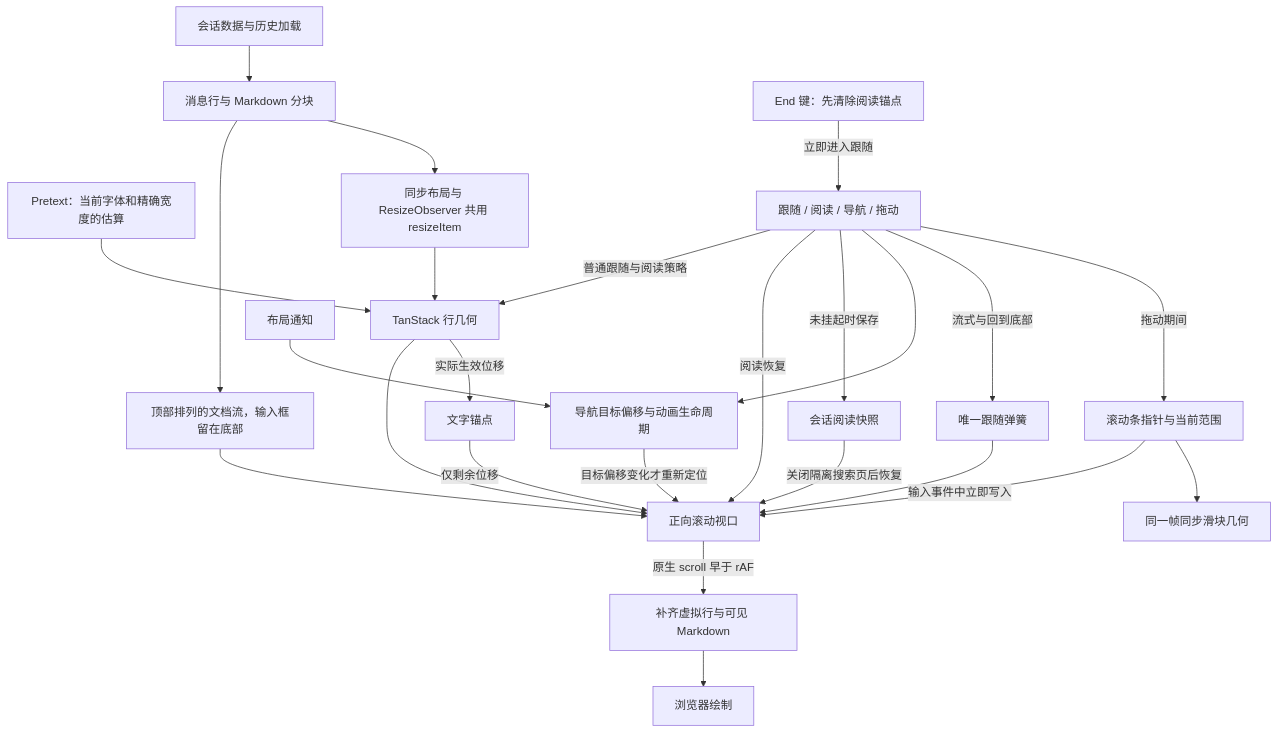
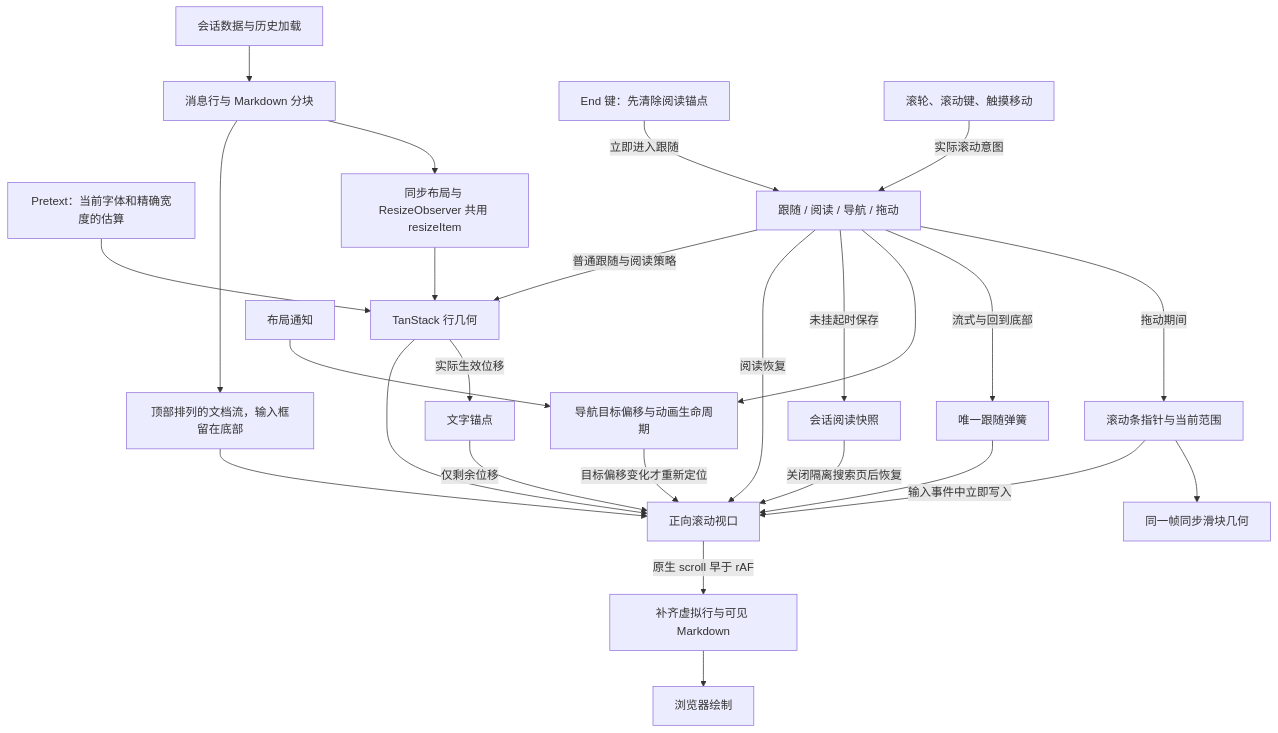
One commit to wecode-ai/Wegent changed the diagram in docs/zh/wegent/developer-guide/wework-message-scroll.md. Above: the diagram before and after it, drawn with Mermaid. The commit also changed other lines of this file and 5 other files, not shown here.

````diff
--- a/docs/zh/wegent/developer-guide/wework-message-scroll.md
+++ b/docs/zh/wegent/developer-guide/wework-message-scroll.md
@@ -9,27 +9,28 @@
 ```mermaid
 flowchart TD
   Messages[会话数据与历史加载] --> Rows[消息行与 Markdown 分块]
   Rows --> Flow[顶部排列的文档流，输入框留在底部]
   Flow --> Viewport
   Pretext[Pretext：当前字体和精确宽度的估算] --> Engine[TanStack 行几何]
   Rows --> Measure[同步布局与 ResizeObserver 共用 resizeItem]
   Measure --> Engine
   Engine --> Viewport[正向滚动视口]
   Controller[跟随 / 阅读 / 导航 / 拖动] -->|普通跟随与阅读策略| Engine
   End[End 键：先清除阅读锚点] -->|立即进入跟随| Controller
+  Input[滚轮、滚动键、触摸移动] -->|实际滚动意图| Controller
   Controller -->|阅读恢复| Viewport
   Controller -->|未挂起时保存| Snapshot[会话阅读快照]
   Snapshot -->|关闭隔离搜索页后恢复| Viewport
   Controller --> Navigation[导航目标偏移与动画生命周期]
   Layout[布局通知] --> Navigation
   Navigation -->|目标偏移变化才重新定位| Viewport
   Controller -->|流式与回到底部| Spring[唯一跟随弹簧]
   Controller -->|拖动期间| Pointer[滚动条指针与当前范围]
   Pointer -->|输入事件中立即写入| Viewport
   Pointer --> Thumb[同一帧同步滑块几何]
   Viewport -->|原生 scroll 早于 rAF| Coverage[补齐虚拟行与可见 Markdown]
   Coverage --> Paint[浏览器绘制]
   Engine -->|实际生效位移| TextAnchor[文字锚点]
   TextAnchor -->|仅剩余位移| Viewport
   Spring --> Viewport
 ```
````
